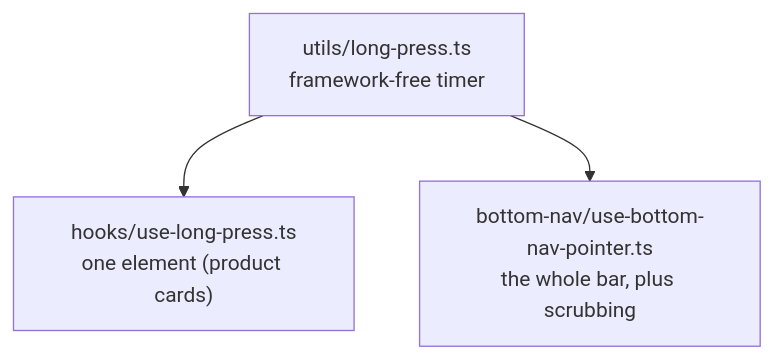
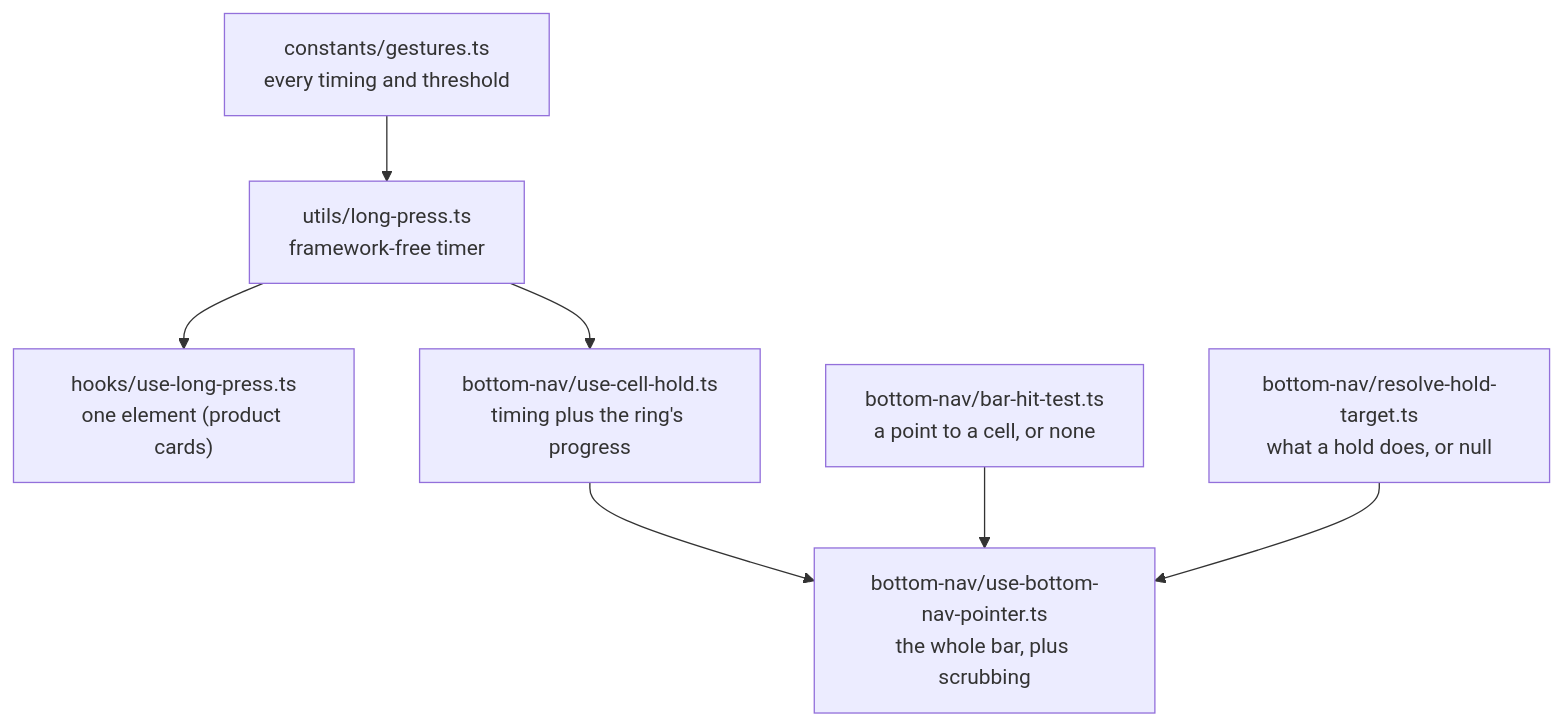
The fifth of 5 diagrams in docs/MOBILE-NAV.md (OffCrazyFreak/Disscount), drawn with Mermaid before and after one commit. The commit also changed other lines of this file and 2 other files, not shown here.

First line of the commit message:
docs(mobile-nav): Update the reference for the reworked bar

````diff
--- a/docs/MOBILE-NAV.md
+++ b/docs/MOBILE-NAV.md
@@ -489,5 +501,9 @@
 ```mermaid
 flowchart TB
+    gest["constants/gestures.ts<br/>every timing and threshold"] --> util
     util["utils/long-press.ts<br/>framework-free timer"] --> hook["hooks/use-long-press.ts<br/>one element (product cards)"]
-    util --> bar["bottom-nav/use-bottom-nav-pointer.ts<br/>the whole bar, plus scrubbing"]
+    util --> cell["bottom-nav/use-cell-hold.ts<br/>timing plus the ring's progress"]
+    cell --> bar["bottom-nav/use-bottom-nav-pointer.ts<br/>the whole bar, plus scrubbing"]
+    hit["bottom-nav/bar-hit-test.ts<br/>a point to a cell, or none"] --> bar
+    res["bottom-nav/resolve-hold-target.ts<br/>what a hold does, or null"] --> bar
 ```
````
